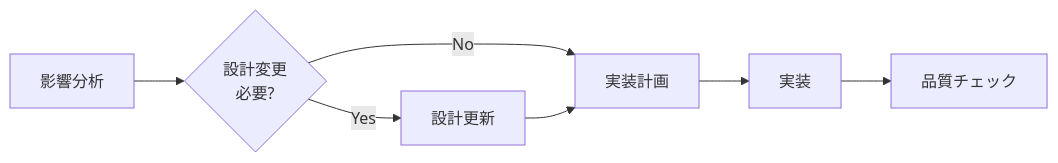
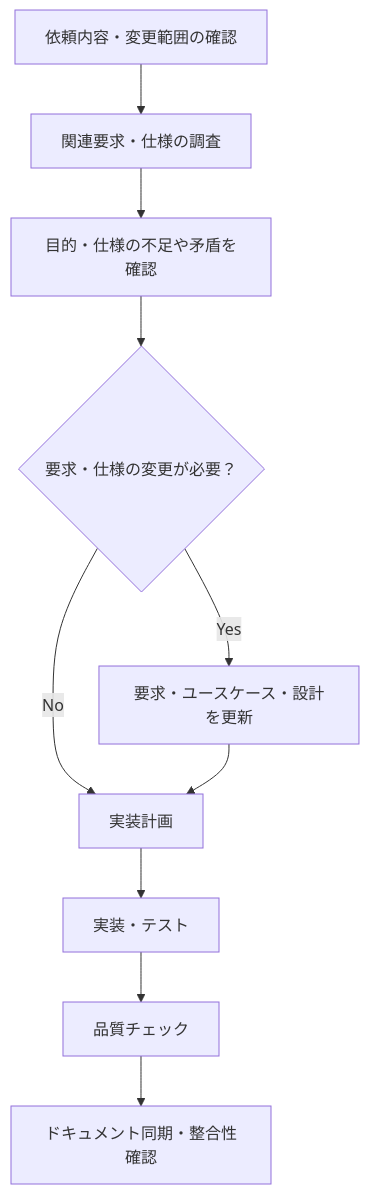
One commit to ryu1/hono-react-board-app changed the second of 2 diagrams in docs/documentation-guideline.md. Above: the diagram before and after it, drawn with Mermaid. The commit also changed other lines of this file and 12 other files, not shown here.

````diff
--- a/docs/documentation-guideline.md
+++ b/docs/documentation-guideline.md
@@ -206,9 +359,12 @@
 ```mermaid
-flowchart LR
-    A[影響分析] --> B{設計変更\n必要?}
-    B -->|Yes| C[設計更新]
-    B -->|No| D[実装計画]
-    C --> D
-    D --> E[実装]
-    E --> F[品質チェック]
+flowchart TD
+    A["依頼内容・変更範囲の確認"] --> B["関連要求・仕様の調査"]
+    B --> C["目的・仕様の不足や矛盾を確認"]
+    C --> D{"要求・仕様の変更が必要？"}
+    D -->|Yes| E["要求・ユースケース・設計を更新"]
+    D -->|No| F["実装計画"]
+    E --> F
+    F --> G["実装・テスト"]
+    G --> H["品質チェック"]
+    H --> I["ドキュメント同期・整合性確認"]
 ```
````
